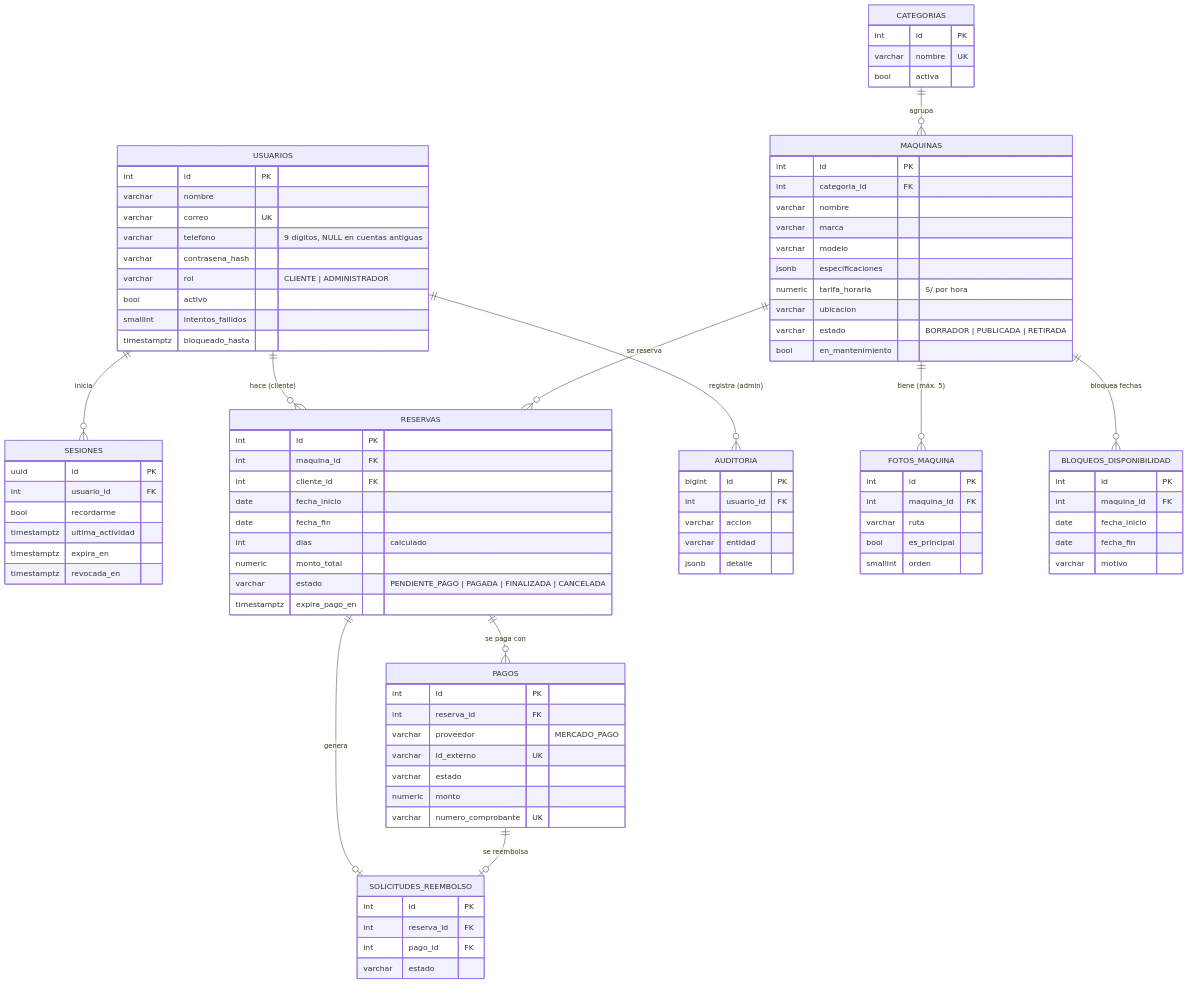
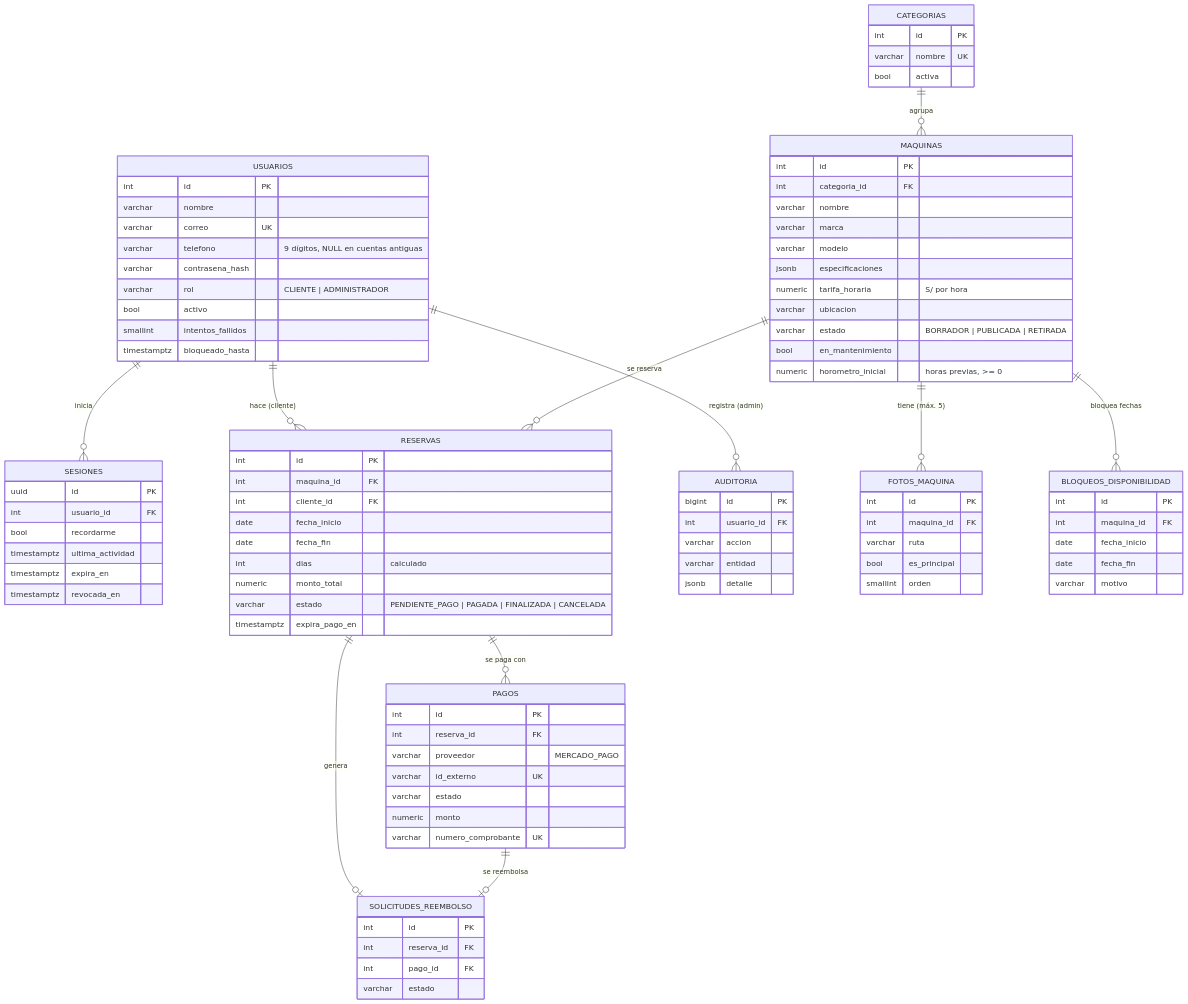
One commit to kevinrujel26-arch/agiledevelo changed the first of 2 diagrams in docs/base-de-datos.md. Above: the diagram before and after it, drawn with Mermaid. The commit also changed other lines of this file and 14 other files, not shown here.

```diff
--- a/docs/base-de-datos.md
+++ b/docs/base-de-datos.md
@@ -62,6 +63,7 @@
         varchar ubicacion
         varchar estado "BORRADOR | PUBLICADA | RETIRADA"
         bool en_mantenimiento
+        numeric horometro_inicial "horas previas, >= 0"
     }
     FOTOS_MAQUINA {
         int id PK
```
